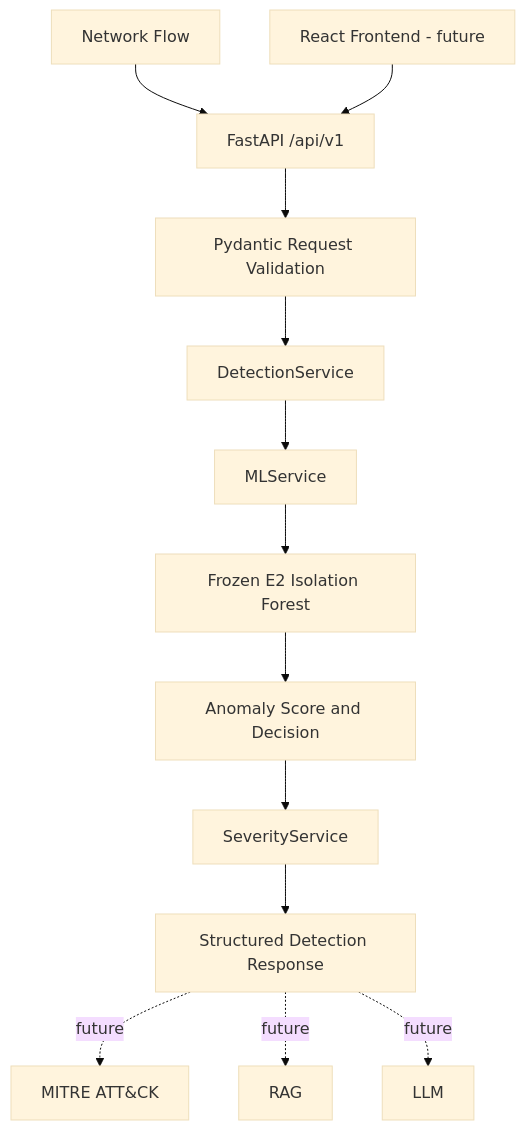
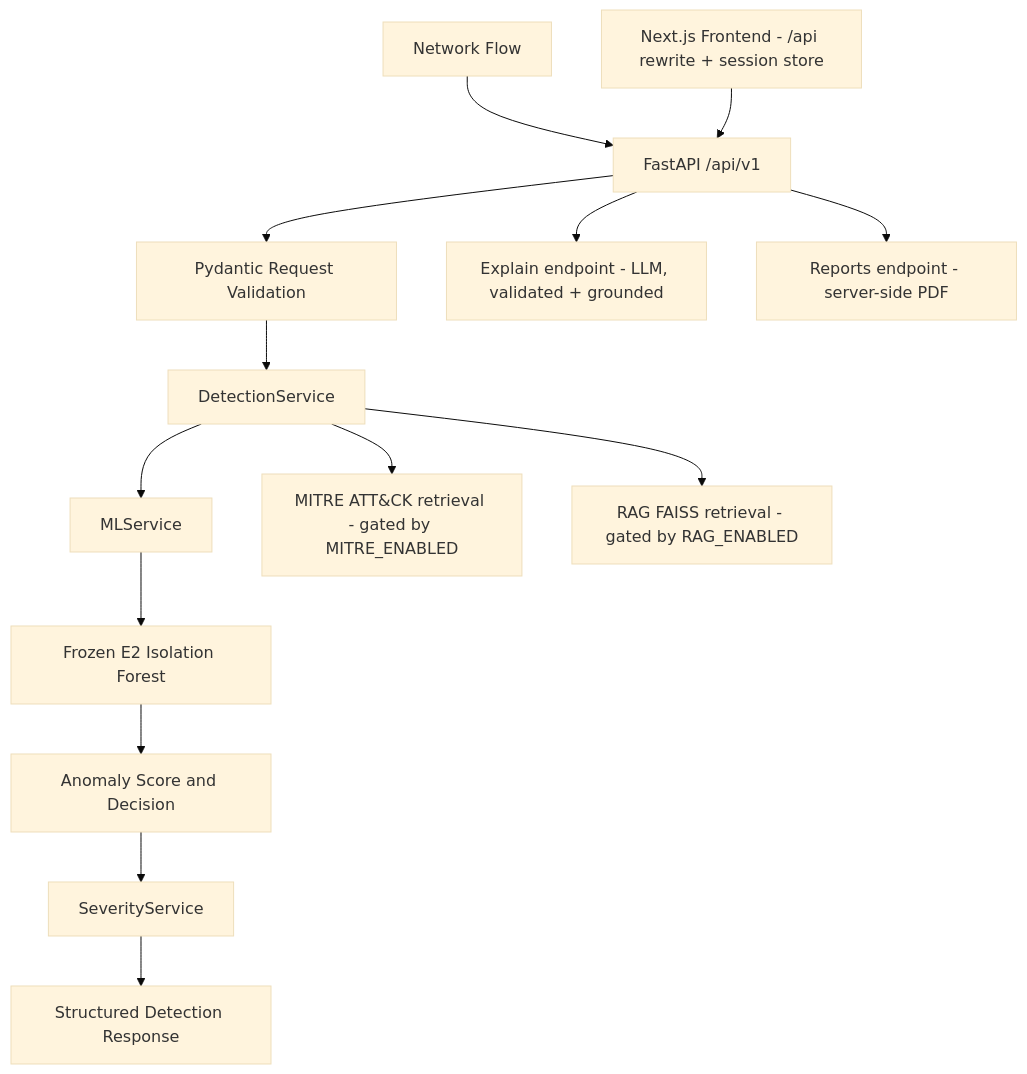
Before and after one commit to HARSHIL3431/threatweave: the diagram in backend/README.md, drawn with Mermaid (base theme). The commit also changed other lines of this file and 10 other files, not shown here.

Commit message:
docs: sync contracts, architecture, guides, and verification records

````diff
--- a/backend/README.md
+++ b/backend/README.md
@@ -86,15 +116,16 @@
 ```mermaid
 flowchart TD
     F[Network Flow] --> API[FastAPI /api/v1]
     API --> V[Pydantic Request Validation]
     V --> D[DetectionService]
     D --> M[MLService]
     M --> IF[Frozen E2 Isolation Forest]
     IF --> S[Anomaly Score and Decision]
     S --> Sev[SeverityService]
     Sev --> R[Structured Detection Response]
-    R -. future .-> Mitre[MITRE ATT&CK]
-    R -. future .-> Rag[RAG]
-    R -. future .-> LLM[LLM]
-    React[React Frontend - future] --> API
+    D --> Mitre[MITRE ATT&CK retrieval - gated by MITRE_ENABLED]
+    D --> Rag[RAG FAISS retrieval - gated by RAG_ENABLED]
+    API --> Exp[Explain endpoint - LLM, validated + grounded]
+    API --> Rep[Reports endpoint - server-side PDF]
+    Web[Next.js Frontend - /api rewrite + session store] --> API
 ```
````
